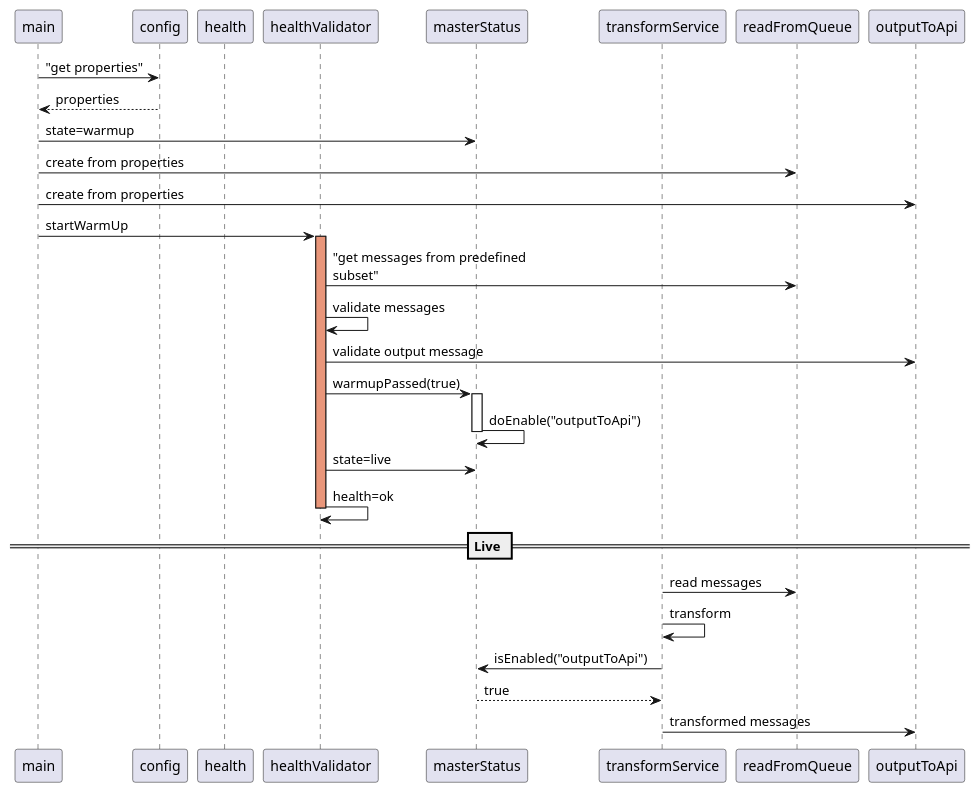
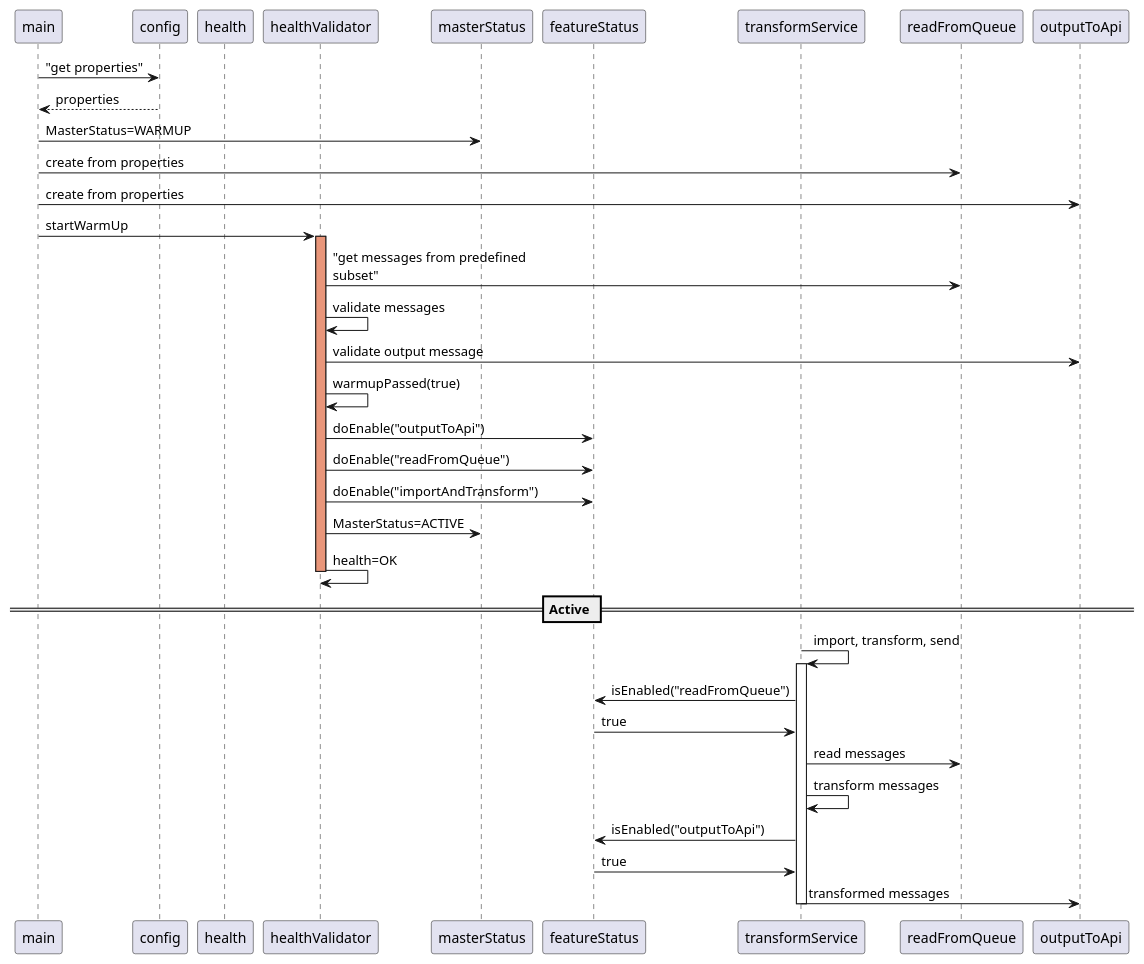
The diagram in doc/warmup.plantuml (Cantara/raspberrypi-blue-green-deployment), drawn with PlantUML before and after one commit. The commit also changed 5 other files, not shown here.

```diff
--- a/doc/warmup.plantuml
+++ b/doc/warmup.plantuml
@@ -1,35 +1,41 @@
 @startuml
 participant "main" as main
 participant "config" as conf
 participant "health" as he
 participant "healthValidator" as val
 participant "masterStatus" as state
+participant "featureStatus" as feat
 participant "transformService" as ts
 participant "readFromQueue" as rq
 participant "outputToApi" as oa
 
 main -> conf: "get properties"
 conf --> main: properties
-main -> state: state=warmup
+main -> state: MasterStatus=WARMUP
 main -> rq: create from properties
 main -> oa: create from properties
 main -> val: startWarmUp
 activate val #DarkSalmon
 val -> rq: "get messages from predefined\nsubset"
 val -> val: validate messages
 val -> oa: validate output message
-val -> state: warmupPassed(true)
-activate state
-state -> state: doEnable("outputToApi")
+val -> val: warmupPassed(true)
+val -> feat: doEnable("outputToApi")
+val -> feat: doEnable("readFromQueue")
+val -> feat: doEnable("importAndTransform")
 
-deactivate state
-val -> state: state=live
-val -> val: health=ok
+val -> state: MasterStatus=ACTIVE
+val -> val: health=OK
 deactivate val
-== Live ==
+== Active ==
+ts -> ts: import, transform, send
+activate ts
+ts -> feat: isEnabled("readFromQueue")
+feat -> ts: true
 ts -> rq: read messages
-ts -> ts: transform
-ts -> state: isEnabled("outputToApi")
-state --> ts: true
+ts -> ts: transform messages
+ts -> feat: isEnabled("outputToApi")
+feat -> ts: true
 ts -> oa: transformed messages
+deactivate ts
 @enduml
```
